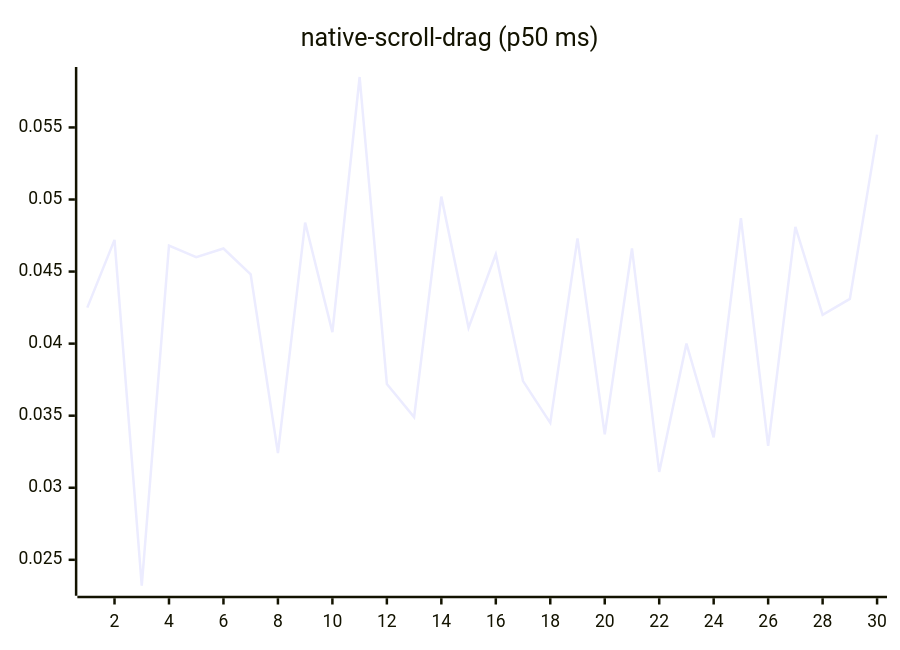
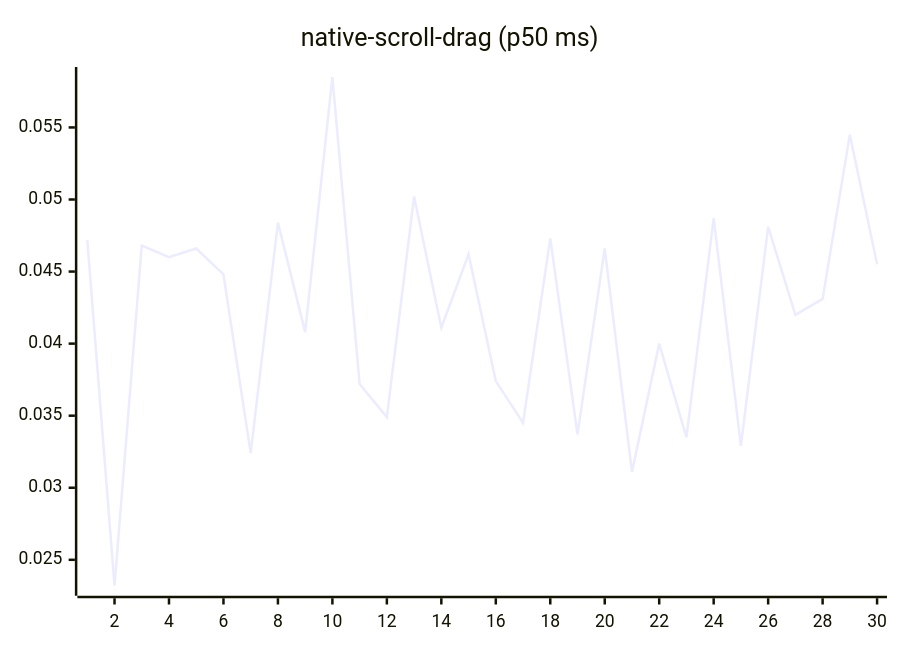
One commit to josha/Facet changed diagram 14 of 27 in README.md. Above: the diagram before and after it, drawn with Mermaid. The commit also changed other lines of this file and 2 other files, not shown here.

````diff
--- a/README.md
+++ b/README.md
@@ -154,6 +154,6 @@
 ```mermaid
 xychart-beta
     title "native-scroll-drag (p50 ms)"
     x-axis 1 --> 30
-    line [0.0425, 0.0472, 0.0232, 0.0468, 0.0460, 0.0466, 0.0448, 0.0324, 0.0484, 0.0408, 0.0585, 0.0372, 0.0349, 0.0502, 0.0411, 0.0462, 0.0374, 0.0345, 0.0473, 0.0337, 0.0466, 0.0311, 0.0400, 0.0335, 0.0487, 0.0329, 0.0481, 0.0420, 0.0431, 0.0545]
+    line [0.0472, 0.0232, 0.0468, 0.0460, 0.0466, 0.0448, 0.0324, 0.0484, 0.0408, 0.0585, 0.0372, 0.0349, 0.0502, 0.0411, 0.0462, 0.0374, 0.0345, 0.0473, 0.0337, 0.0466, 0.0311, 0.0400, 0.0335, 0.0487, 0.0329, 0.0481, 0.0420, 0.0431, 0.0545, 0.0455]
 ```
````
